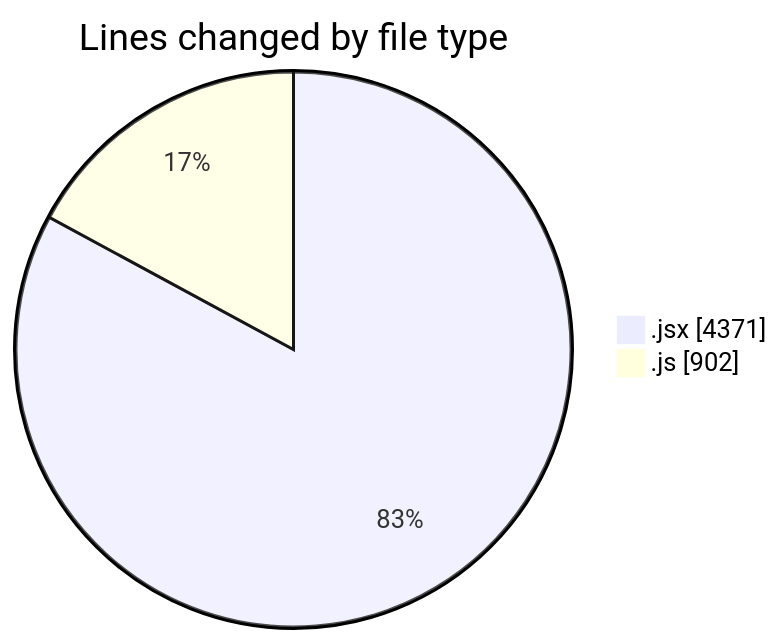
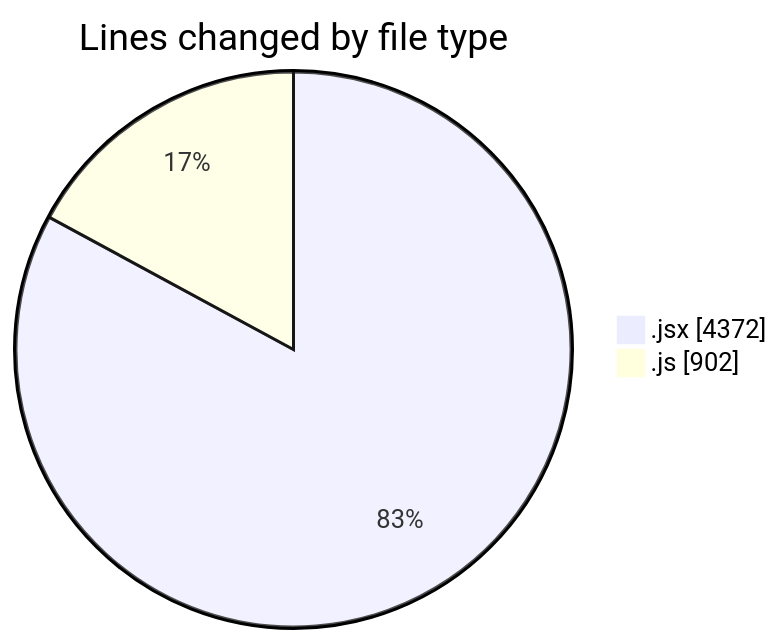
Before and after one commit to nxtqubesakshisongat/code-tracking: the first of 2 diagrams in 2025-09-22/nxtqube_webapp/README.md, drawn with Mermaid. The commit also changed other lines of this file and 1 other file, not shown here.

````diff
--- a/2025-09-22/nxtqube_webapp/README.md
+++ b/2025-09-22/nxtqube_webapp/README.md
@@ -25,6 +25,6 @@
 ```mermaid
 pie showData
 title Lines changed by file type
-".jsx" : 4371
+".jsx" : 4372
 ".js" : 902
 ```
````
